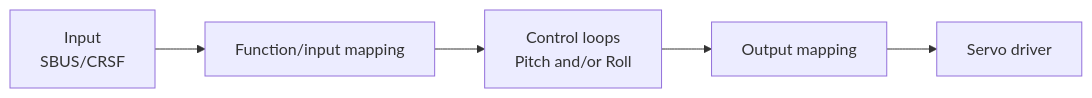
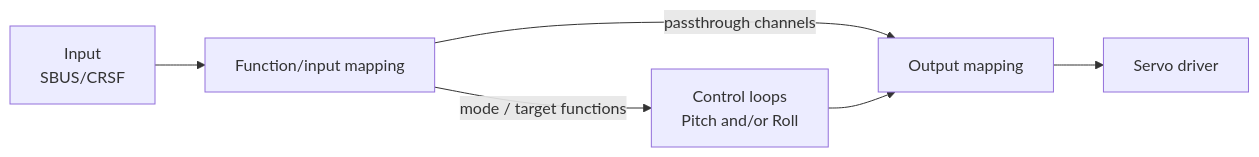
One commit to heimdall-suite/heimdall-helm changed the diagram in .docs/architecture.md. Above: the diagram before and after it, drawn with Mermaid. The commit also changed other lines of this file, not shown here.

First line of the commit message:
Fix architecture diagram: passthrough bypasses control loops

````diff
--- a/.docs/architecture.md
+++ b/.docs/architecture.md
@@ -11,10 +11,14 @@
 ```mermaid
 flowchart LR
     RX["Input<br/>SBUS/CRSF"]
     MAP["Function/input mapping"]
     CTRL["Control loops<br/>Pitch and/or Roll"]
     OUT["Output mapping"]
     SERVO["Servo driver"]
 
-    RX --> MAP --> CTRL --> OUT --> SERVO
+    RX --> MAP
+    MAP -->|"mode / target functions"| CTRL
+    MAP -->|"passthrough channels"| OUT
+    CTRL --> OUT
+    OUT --> SERVO
 ```
````
